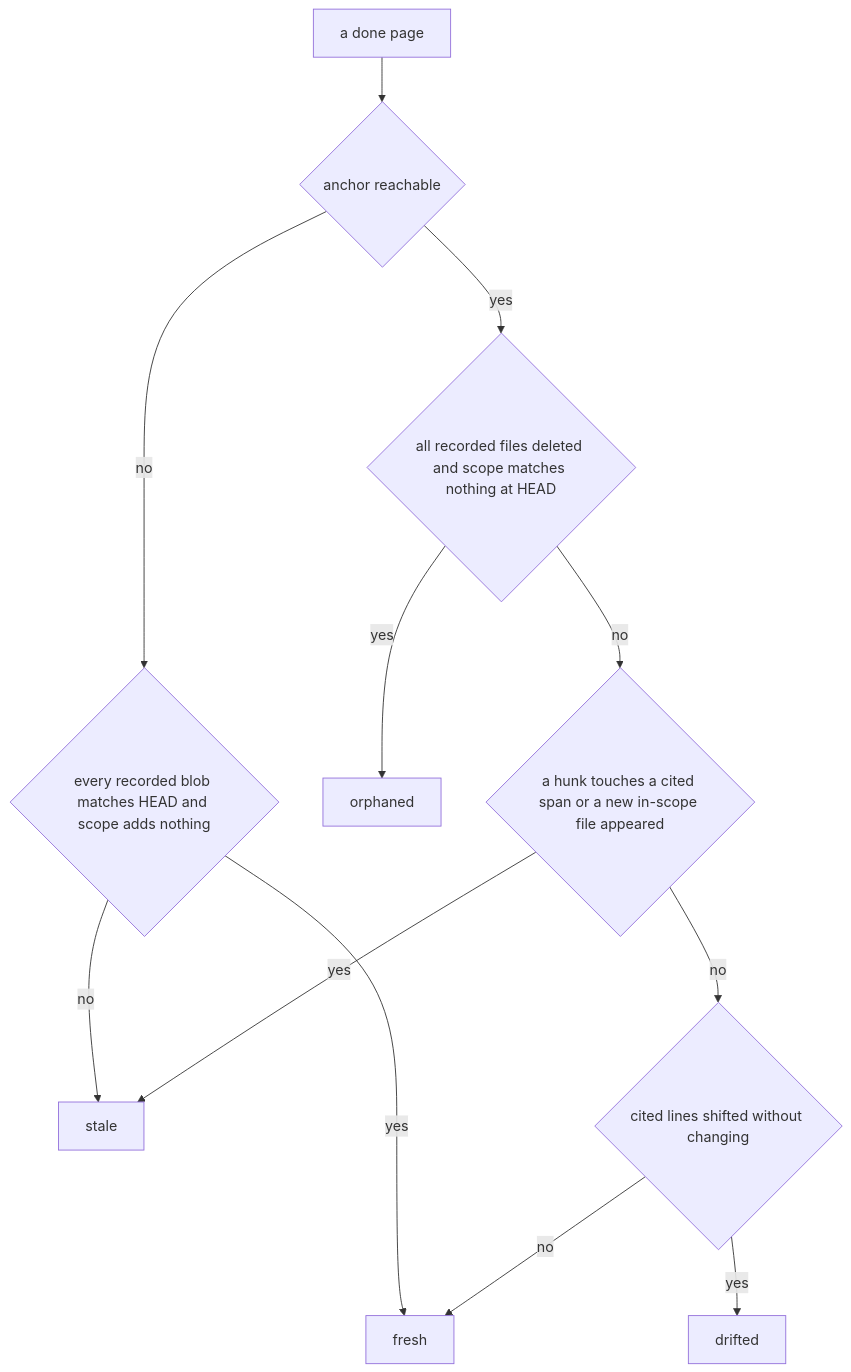
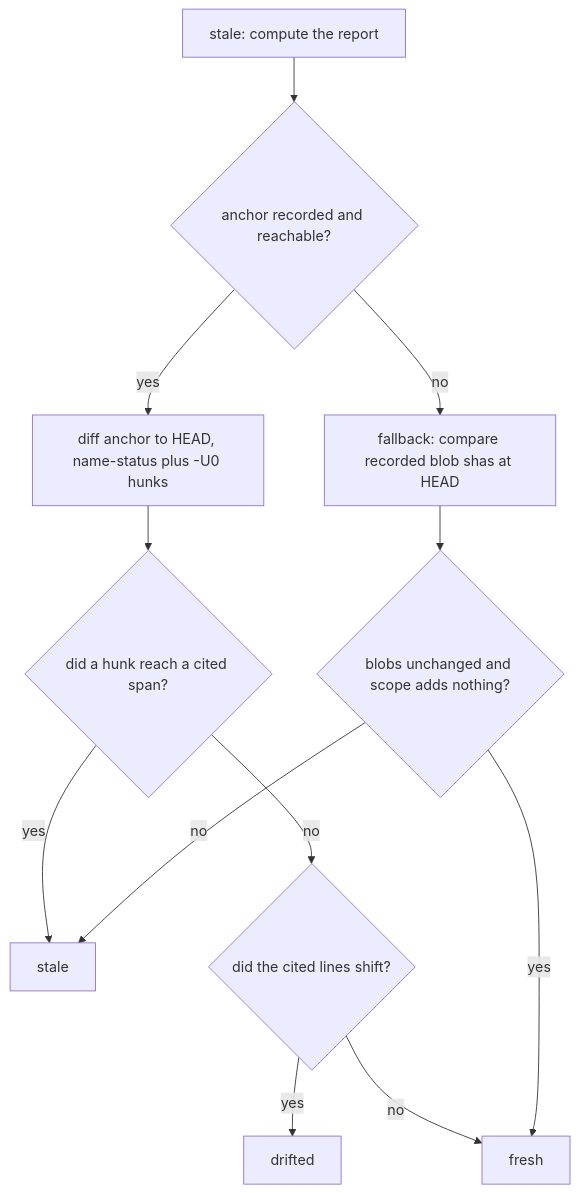
One commit to ARMeeru/akashic-record changed the diagram in .akashic/wiki/deterministic-core.md. Above: the diagram before and after it, drawn with Mermaid. The commit also changed other lines of this file and 3 other files, not shown here.

````diff
--- a/.akashic/wiki/deterministic-core.md
+++ b/.akashic/wiki/deterministic-core.md
@@ -48,14 +42,14 @@
 ```mermaid
 flowchart TD
-  A[a done page] --> B{anchor reachable}
-  B -- no --> C{every recorded blob matches HEAD and scope adds nothing}
-  C -- yes --> D[fresh]
-  C -- no --> E[stale]
-  B -- yes --> F{all recorded files deleted and scope matches nothing at HEAD}
-  F -- yes --> G[orphaned]
-  F -- no --> H{a hunk touches a cited span or a new in-scope file appeared}
-  H -- yes --> E
-  H -- no --> I{cited lines shifted without changing}
-  I -- yes --> J[drifted]
-  I -- no --> D
+  A["stale: compute the report"] --> B{"anchor recorded and reachable?"}
+  B -->|yes| C["diff anchor to HEAD, name-status plus -U0 hunks"]
+  C --> D{"did a hunk reach a cited span?"}
+  D -->|yes| E["stale"]
+  D -->|no| F{"did the cited lines shift?"}
+  F -->|yes| G["drifted"]
+  F -->|no| H["fresh"]
+  B -->|no| I["fallback: compare recorded blob shas at HEAD"]
+  I --> J{"blobs unchanged and scope adds nothing?"}
+  J -->|yes| H
+  J -->|no| E
 ```
````
